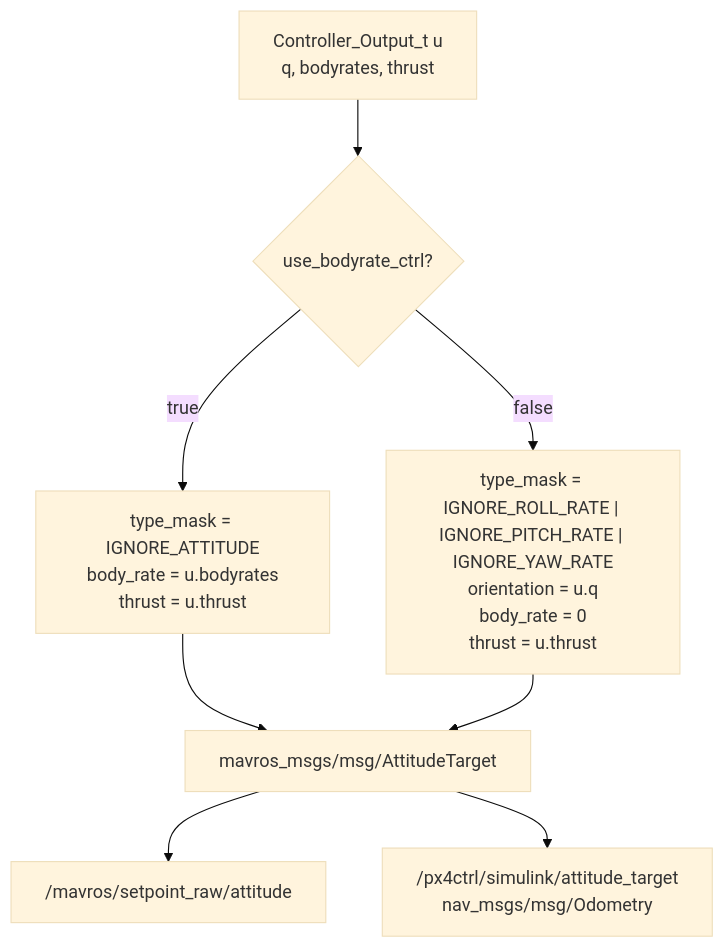
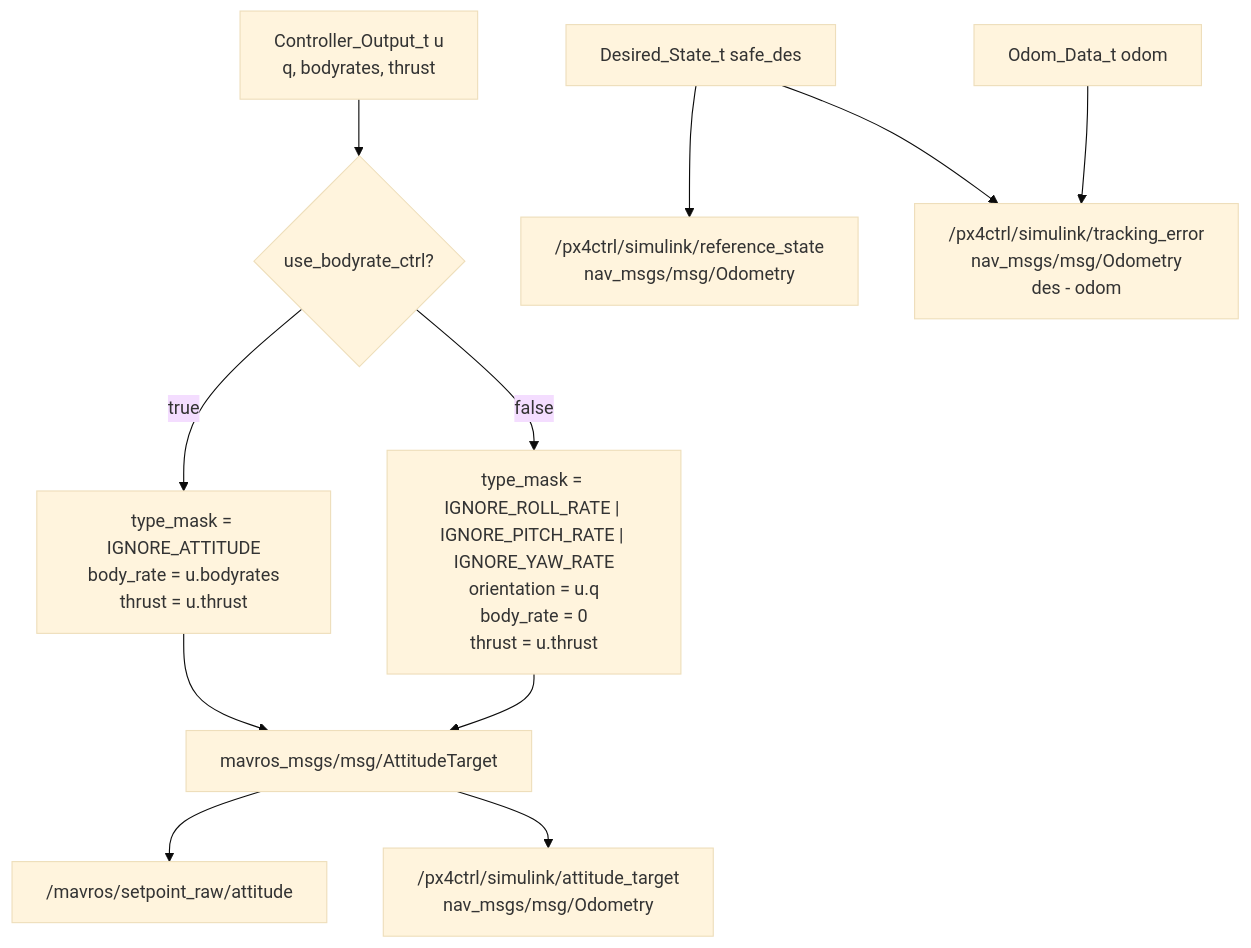
Before and after one commit to fd3s1/lerobot: the sixth of 8 diagrams in ref_code/vla_px4ctrl_ros2/src/px4ctrl/docs/controller_data_flow.md, drawn with Mermaid (base theme). The commit also changed other lines of this file and 7 other files, not shown here.

````diff
--- a/ref_code/vla_px4ctrl_ros2/src/px4ctrl/docs/controller_data_flow.md
+++ b/ref_code/vla_px4ctrl_ros2/src/px4ctrl/docs/controller_data_flow.md
@@ -207,10 +226,13 @@
 ```mermaid
 flowchart TD
   U["Controller_Output_t u<br/>q, bodyrates, thrust"] --> MODE{"use_bodyrate_ctrl?"}
   MODE -- "true" --> BR["type_mask = IGNORE_ATTITUDE<br/>body_rate = u.bodyrates<br/>thrust = u.thrust"]
   MODE -- "false" --> ATT["type_mask = IGNORE_ROLL_RATE | IGNORE_PITCH_RATE | IGNORE_YAW_RATE<br/>orientation = u.q<br/>body_rate = 0<br/>thrust = u.thrust"]
   BR --> MSG["mavros_msgs/msg/AttitudeTarget"]
   ATT --> MSG
   MSG --> PX4["/mavros/setpoint_raw/attitude"]
   MSG --> SIM["/px4ctrl/simulink/attitude_target<br/>nav_msgs/msg/Odometry"]
+  DESREF["Desired_State_t safe_des"] --> REF["/px4ctrl/simulink/reference_state<br/>nav_msgs/msg/Odometry"]
+  DESREF --> ERR["/px4ctrl/simulink/tracking_error<br/>nav_msgs/msg/Odometry<br/>des - odom"]
+  ODOM["Odom_Data_t odom"] --> ERR
 ```
````
